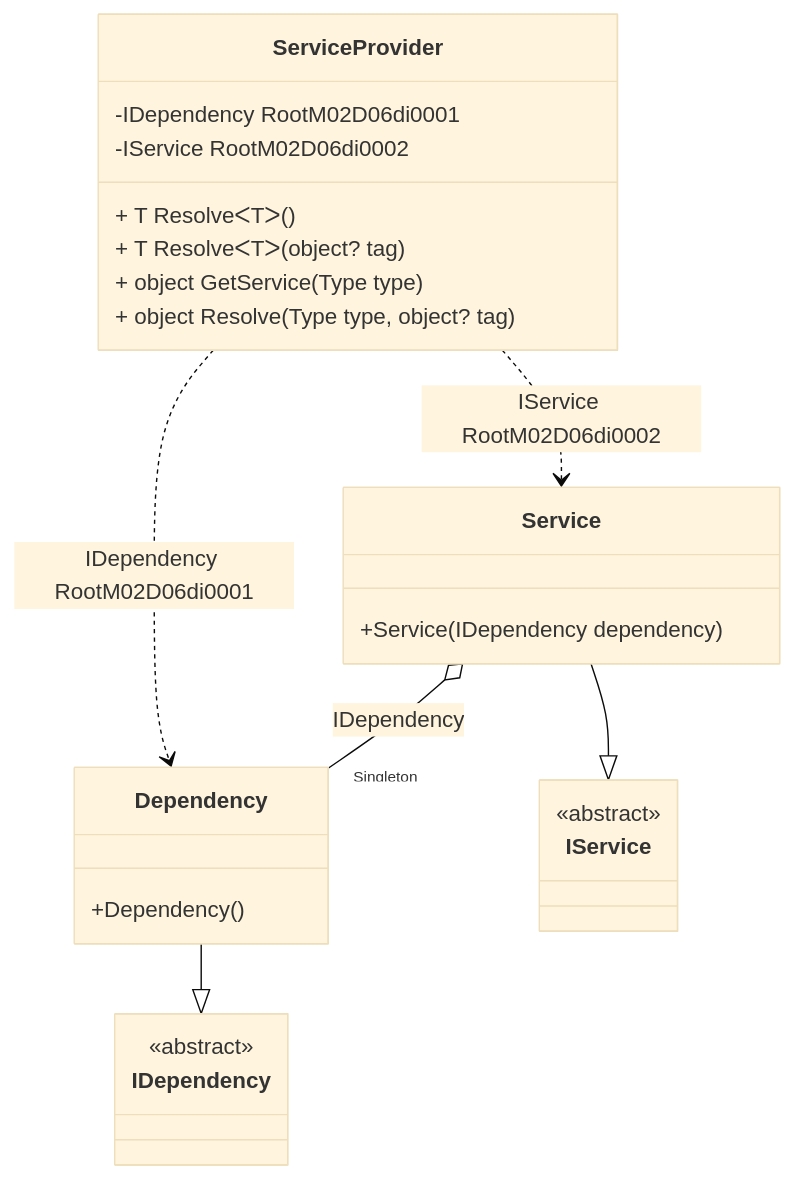
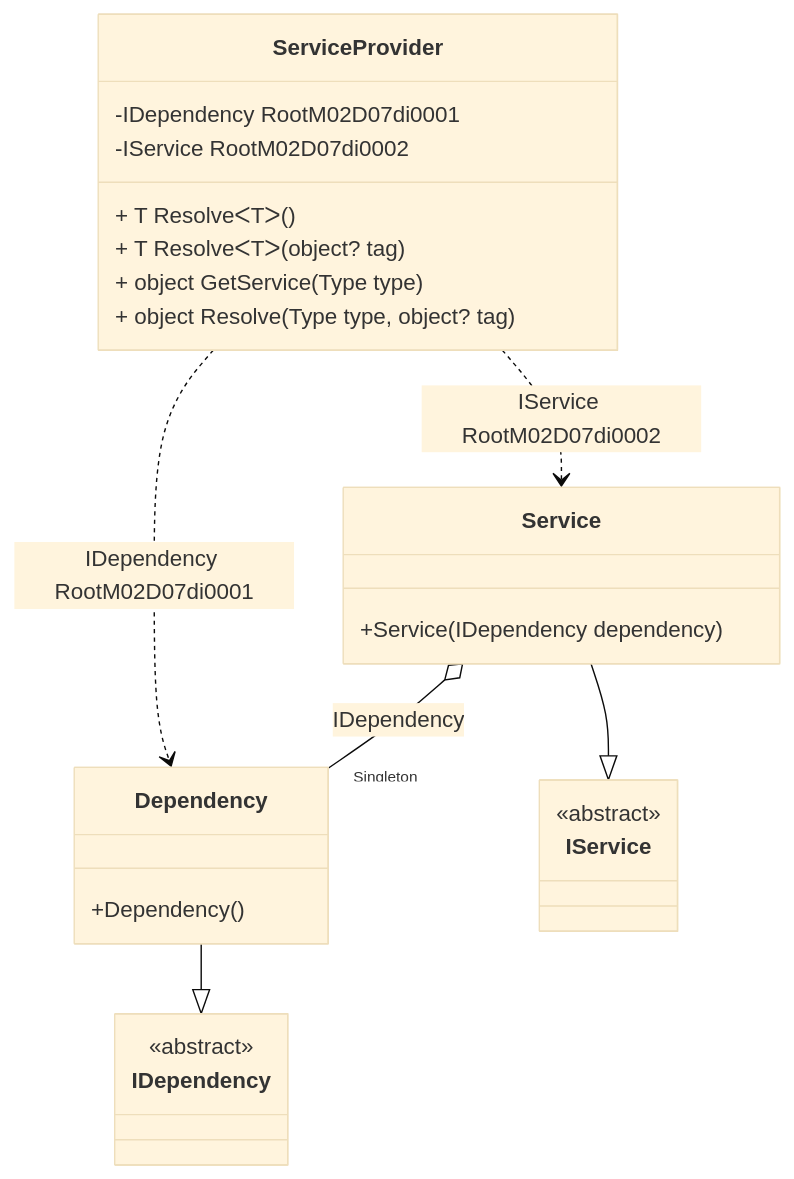
Before and after one commit to DevTeam/Pure.DI: the diagram in readme/service-provider.md, drawn with Mermaid (base theme). The commit also changed other lines of this file and 65 other files, not shown here.

````diff
--- a/readme/service-provider.md
+++ b/readme/service-provider.md
@@ -46,28 +46,28 @@
 ```mermaid
 classDiagram
   class ServiceProvider {
-    -IDependency RootM02D06di0001
-    -IService RootM02D06di0002
+    -IDependency RootM02D07di0001
+    -IService RootM02D07di0002
     + T ResolveᐸTᐳ()
     + T ResolveᐸTᐳ(object? tag)
     + object GetService(Type type)
     + object Resolve(Type type, object? tag)
   }
   Dependency --|> IDependency : 
   class Dependency {
     +Dependency()
   }
   Service --|> IService : 
   class Service {
     +Service(IDependency dependency)
   }
   class IDependency {
     <<abstract>>
   }
   class IService {
     <<abstract>>
   }
   Service o--  "Singleton" Dependency : IDependency
-  ServiceProvider ..> Dependency : IDependency RootM02D06di0001
-  ServiceProvider ..> Service : IService RootM02D06di0002
+  ServiceProvider ..> Dependency : IDependency RootM02D07di0001
+  ServiceProvider ..> Service : IService RootM02D07di0002
 ```
````
